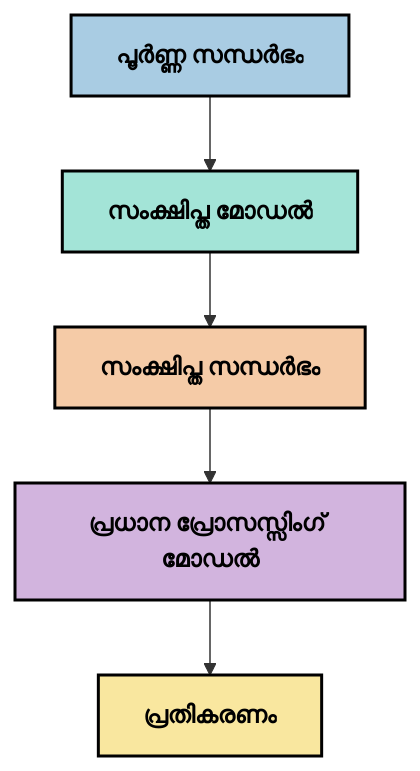
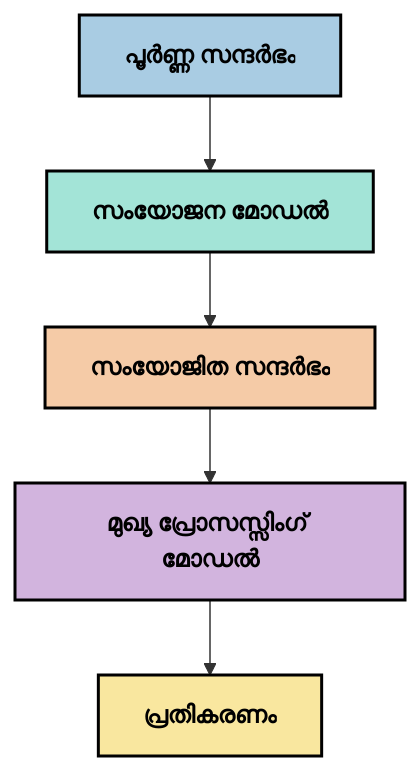
One commit to HIDORAKAI002/ai-workspace-archive changed the fifth of 6 diagrams in mcp_ecosystem__model_context_protocol/mcp_learning_resources/mcp-for-beginners/translations/ml/05-AdvancedTopics/mcp-contextengineering/README.md. Above: the diagram before and after it, drawn with Mermaid. The commit also changed other lines of this file and 1046 other files, not shown here.

````diff
--- a/mcp_ecosystem__model_context_protocol/mcp_learning_resources/mcp-for-beginners/translations/ml/05-AdvancedTopics/mcp-contextengineering/README.md
+++ b/mcp_ecosystem__model_context_protocol/mcp_learning_resources/mcp-for-beginners/translations/ml/05-AdvancedTopics/mcp-contextengineering/README.md
@@ -233,13 +239,13 @@
 ```mermaid
 graph TD
-    A[പൂർണ്ണ സന്ധർഭം] --> B[സംക്ഷിപ്ത മോഡൽ]
-    B --> C[സംക്ഷിപ്ത സന്ധർഭം]
-    C --> D[പ്രധാന പ്രോസസ്സിംഗ് മോഡൽ]
+    A[പൂർണ്ണ സന്ദർഭം] --> B[സംയോജന മോഡൽ]
+    B --> C[സംയോജിത സന്ദർഭം]
+    C --> D[മുഖ്യ പ്രോസസ്സിംഗ് മോഡൽ]
     D --> E[പ്രതികരണം]
     
     style A fill:#A9CCE3,stroke:#000000,stroke-width:2px,color:#000000,font-weight:bold
     style B fill:#A3E4D7,stroke:#000000,stroke-width:2px,color:#000000,font-weight:bold
     style C fill:#F5CBA7,stroke:#000000,stroke-width:2px,color:#000000,font-weight:bold
     style D fill:#D2B4DE,stroke:#000000,stroke-width:2px,color:#000000,font-weight:bold
     style E fill:#F9E79F,stroke:#000000,stroke-width:2px,color:#000000,font-weight:bold
-```  
+```
````
